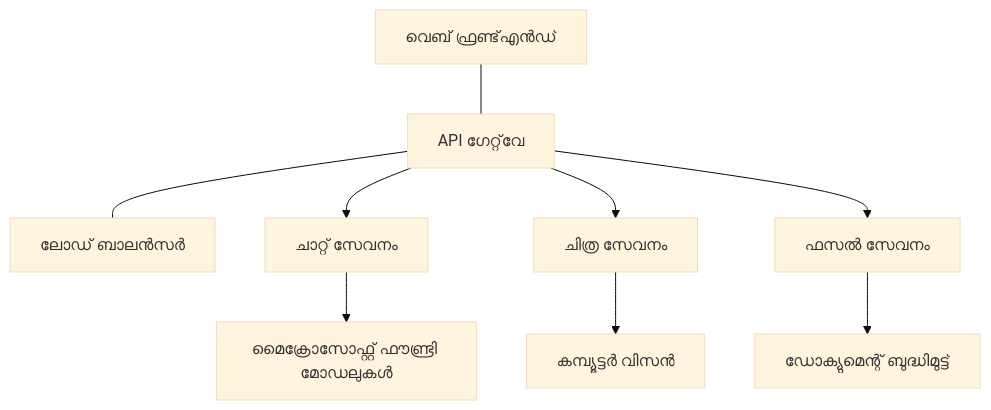
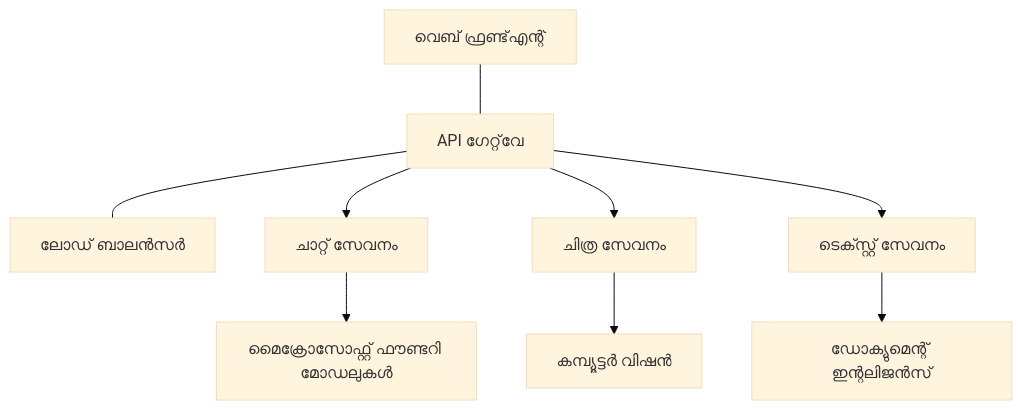
Before and after one commit to microsoft/AZD-for-beginners: the diagram in translations/ml/docs/chapter-08-production/production-ai-practices.md, drawn with Mermaid (base theme). The commit also changed other lines of this file and 104 other files, not shown here.

````diff
--- a/translations/ml/docs/chapter-08-production/production-ai-practices.md
+++ b/translations/ml/docs/chapter-08-production/production-ai-practices.md
@@ -30,10 +30,10 @@
 ```mermaid
 graph TD
-    Frontend[വെബ് ഫ്രണ്ട്‌എൻഡ്] --- Gateway[API ഗേറ്റ്‌വേ] --- LB[ലോഡ് ബാലൻസർ]
+    Frontend[വെബ് ഫ്രണ്ട്‌എന്റ്] --- Gateway[API ഗേറ്റ്‌വേ] --- LB[ലോഡ് ബാലൻസർ]
     Gateway --> Chat[ചാറ്റ് സേവനം]
     Gateway --> Image[ചിത്ര സേവനം]
-    Gateway --> Text[ഫസൽ സേവനം]
-    Chat --> OpenAI[മൈക്രോസോഫ്റ്റ് ഫൗണ്ട്രി മോഡലുകൾ]
-    Image --> Vision[കമ്പ്യൂട്ടർ വിസൻ]
-    Text --> DocIntel[ഡോക്യുമെന്റ് ബുദ്ധിമുട്ട്]
+    Gateway --> Text[ടെക്സ്റ്റ് സേവനം]
+    Chat --> OpenAI[മൈക്രോസോഫ്റ്റ് ഫൗണ്ടറി മോഡലുകൾ]
+    Image --> Vision[കമ്പ്യൂട്ടർ വിഷൻ]
+    Text --> DocIntel[ഡോക്യുമെന്റ് ഇന്റലിജൻസ്]
 ```
````
